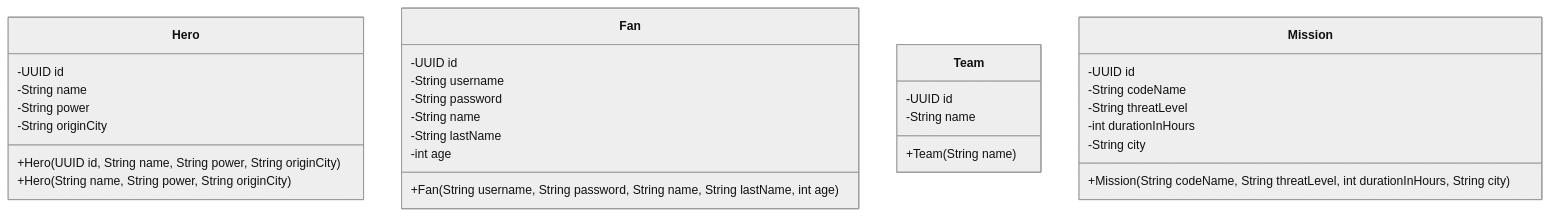
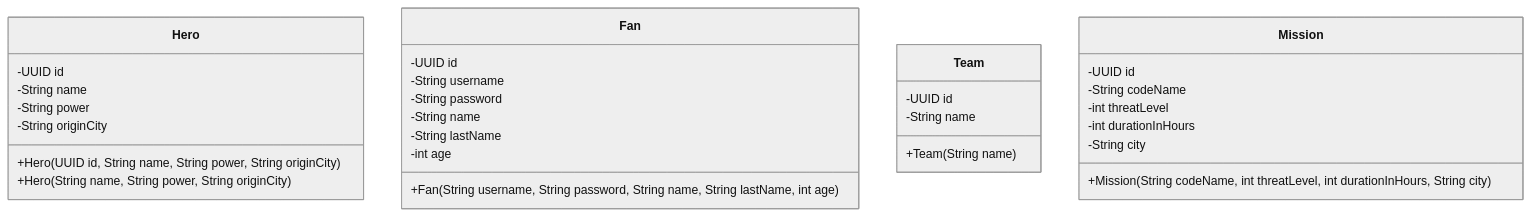
One commit to clase-programacion-avanzada/JAVA-Project changed the diagram in README.md. Above: the diagram before and after it, drawn with Mermaid (neutral theme). The commit also changed other lines of this file and 1 other file, not shown here.

````diff
--- a/README.md
+++ b/README.md
@@ -213,33 +213,33 @@
 ```mermaid
 classDiagram
     class Hero {
         -UUID id
         -String name
         -String power
         -String originCity
         +Hero(UUID id, String name, String power, String originCity)
         +Hero(String name, String power, String originCity)
     }
     class Fan {
         -UUID id
         -String username
         -String password
         -String name
         -String lastName
         -int age
         +Fan(String username, String password, String name, String lastName, int age)
     }
     class Team {
         -UUID id
         -String name
         +Team(String name)
     }
     class Mission {
         -UUID id
         -String codeName
-        -String threatLevel
+      -int threatLevel
         -int durationInHours
         -String city
-        +Mission(String codeName, String threatLevel, int durationInHours, String city)
+      +Mission(String codeName, int threatLevel, int durationInHours, String city)
     }
 ```
````
